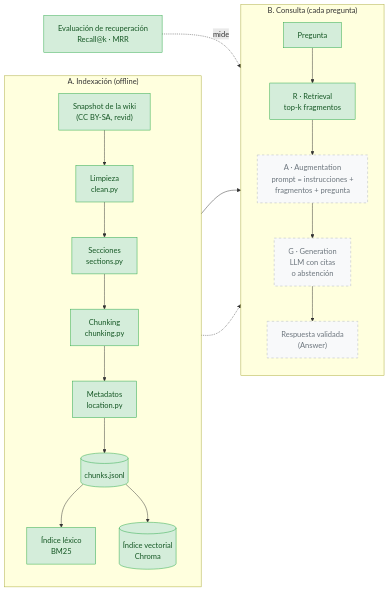
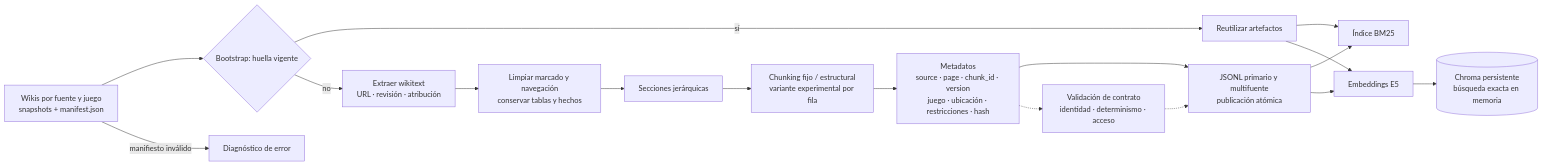
One commit to SergioAle210/NLP-SemanticLit changed the second of 2 diagrams in docs/architecture/overview.md. Above: the diagram before and after it, drawn with Mermaid. The commit also changed other lines of this file and 63 other files, not shown here.

````diff
--- a/docs/architecture/overview.md
+++ b/docs/architecture/overview.md
@@ -46,30 +42,19 @@
 ```mermaid
 flowchart LR
-    subgraph IDX["A. Indexación (offline)"]
-        direction TB
-        S["Snapshot de la wiki<br/>(CC BY-SA, revid)"] --> CL["Limpieza<br/>clean.py"]
-        CL --> SE["Secciones<br/>sections.py"]
-        SE --> CH["Chunking<br/>chunking.py"]
-        CH --> MD["Metadatos<br/>location.py"]
-        MD --> J[("chunks.jsonl")]
-        J --> IL["Índice léxico<br/>BM25"]
-        J --> IV[("Índice vectorial<br/>Chroma")]
-    end
-
-    subgraph QRY["B. Consulta (cada pregunta)"]
-        direction TB
-        Q["Pregunta"] --> R["R · Retrieval<br/>top-k fragmentos"]
-        R --> A["A · Augmentation<br/>prompt = instrucciones +<br/>fragmentos + pregunta"]
-        A --> G["G · Generation<br/>LLM con citas<br/>o abstención"]
-        G --> ANS["Respuesta validada<br/>(Answer)"]
-    end
-
-    IL --> R
-    IV -.-> R
-    EV["Evaluación de recuperación<br/>Recall@k · MRR"] -.->|mide| R
-
-    classDef done fill:#d4edda,stroke:#28a745,color:#155724
-    classDef pending fill:#f8f9fa,stroke:#adb5bd,color:#6c757d,stroke-dasharray: 5 5
-    class S,CL,SE,CH,MD,J,IL,IV,Q,R,EV done
-    class A,G,ANS pending
+    F["Wikis por fuente y juego<br/>snapshots + manifest.json"] --> H{"Bootstrap: huella vigente"}
+    F -->|manifiesto inválido| ERR["Diagnóstico de error"]
+    H -->|sí| REUSE["Reutilizar artefactos"]
+    H -->|no| X["Extraer wikitext<br/>URL · revisión · atribución"]
+    X --> L["Limpiar marcado y navegación<br/>conservar tablas y hechos"]
+    L --> S["Secciones jerárquicas"]
+    S --> K["Chunking fijo / estructural<br/>variante experimental por fila"]
+    K --> M["Metadatos<br/>source · page · chunk_id · version<br/>juego · ubicación · restricciones · hash"]
+    M --> J["JSONL primario y multifuente<br/>publicación atómica"]
+    REUSE --> B
+    J --> B["Índice BM25"]
+    J --> E["Embeddings E5"]
+    E --> C[("Chroma persistente<br/>búsqueda exacta en memoria")]
+    REUSE --> E
+    M -.-> V["Validación de contrato<br/>identidad · determinismo · acceso"]
+    V -.-> J
 ```
````
